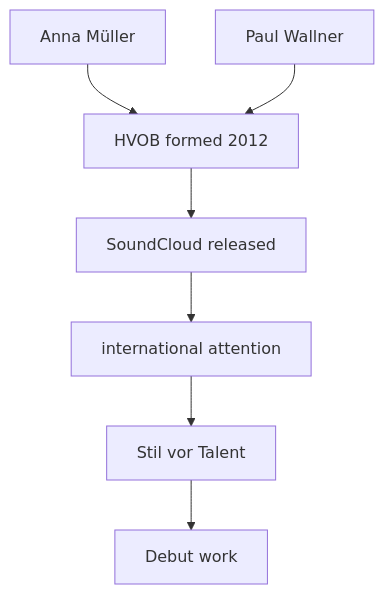
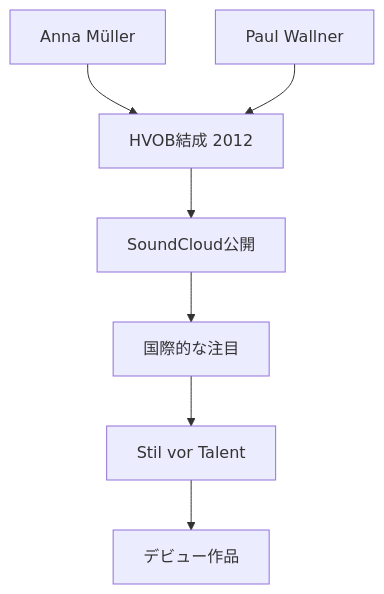
Before and after one commit to monumental-movement/monumental-movement.github.io: the second of 12 diagrams in en/_posts/2026-07-19-column-hvob.md, drawn with Mermaid. The commit also changed other lines of this file and 2196 other files, not shown here.

```diff
--- a/en/_posts/2026-07-19-column-hvob.md
+++ b/en/_posts/2026-07-19-column-hvob.md
@@ -185,14 +185,14 @@
 <div class="mermaid">
 flowchart TD
 
 A[Anna Müller]
 B[Paul Wallner]
 
-A --> C[HVOB formed 2012]
+A --> C[HVOB結成 2012]
 B --> C
 
-C --> D[SoundCloud released]
-D --> E[international attention]
+C --> D[SoundCloud公開]
+D --> E[国際的な注目]
 E --> F[Stil vor Talent]
-F --> G[Debut work]
+F --> G[デビュー作品]
 </div>
```
